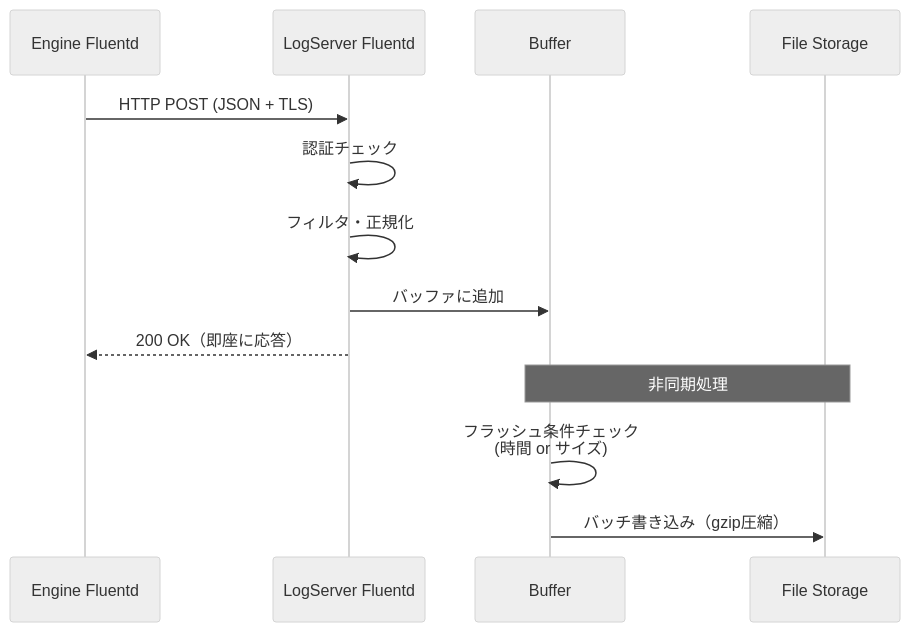
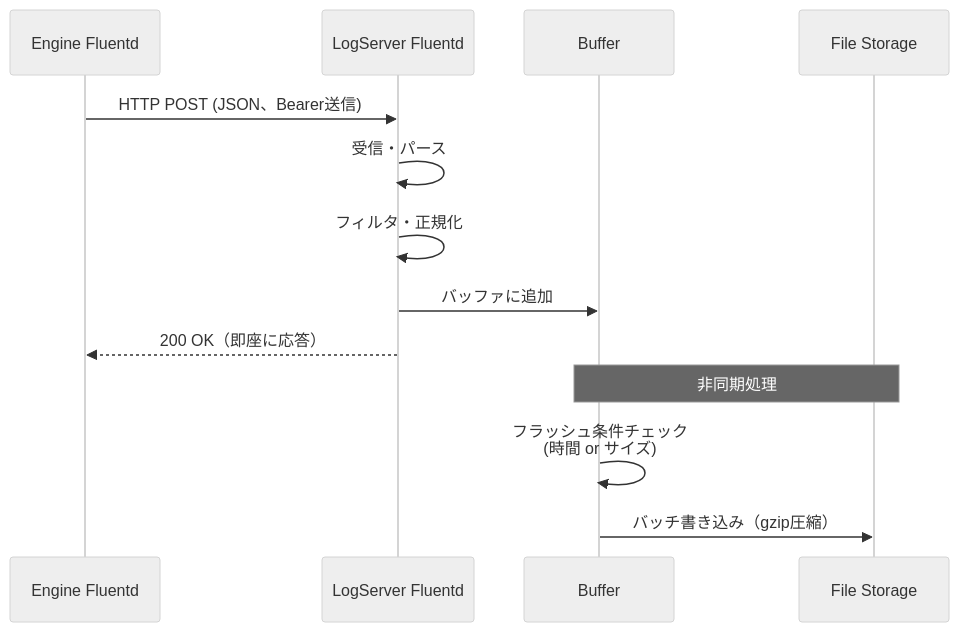
Before and after one commit to kencom2400/MrWebDefence-LogServer: the second of 2 diagrams in docs/design/MWD-53-log-collection.md, drawn with Mermaid (neutral theme). The commit also changed other lines of this file and 24 other files, not shown here.

````diff
--- a/docs/design/MWD-53-log-collection.md
+++ b/docs/design/MWD-53-log-collection.md
@@ -136,17 +135,17 @@
 ```mermaid
 sequenceDiagram
     participant EF as Engine Fluentd
     participant LF as LogServer Fluentd
     participant B as Buffer
     participant FS as File Storage
 
-    EF->>LF: HTTP POST (JSON + TLS)
-    LF->>LF: 認証チェック
+    EF->>LF: HTTP POST (JSON、Bearer送信)
+    LF->>LF: 受信・パース
     LF->>LF: フィルタ・正規化
     LF->>B: バッファに追加
     LF-->>EF: 200 OK（即座に応答）
     
     Note over B,FS: 非同期処理
     B->>B: フラッシュ条件チェック<br/>(時間 or サイズ)
     B->>FS: バッチ書き込み（gzip圧縮）
 ```
````
